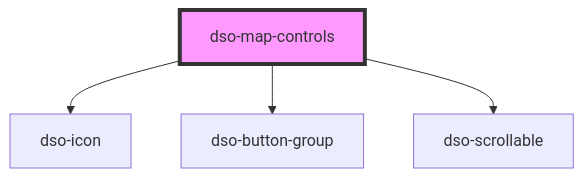
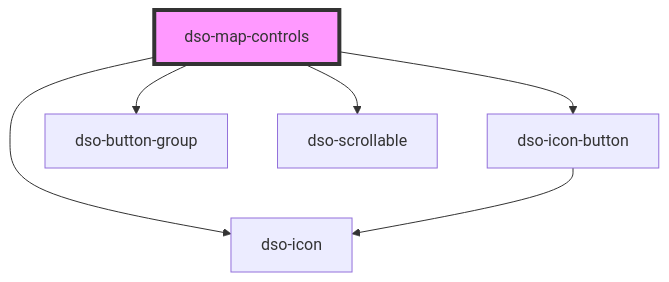
One commit to dso-toolkit/dso-toolkit changed the diagram in packages/core/src/components/map-controls/readme.md. Above: the diagram before and after it, drawn with Mermaid. The commit also changed other lines of this file and 16 other files, not shown here.

Commit message:
#3362 [Changed] Map Controls: Icon Button integratie

````diff
--- a/packages/core/src/components/map-controls/readme.md
+++ b/packages/core/src/components/map-controls/readme.md
@@ -53,7 +54,9 @@
 ```mermaid
 graph TD;
+  dso-map-controls --> dso-icon-button
   dso-map-controls --> dso-icon
   dso-map-controls --> dso-button-group
   dso-map-controls --> dso-scrollable
+  dso-icon-button --> dso-icon
   style dso-map-controls fill:#f9f,stroke:#333,stroke-width:4px
 ```
````
